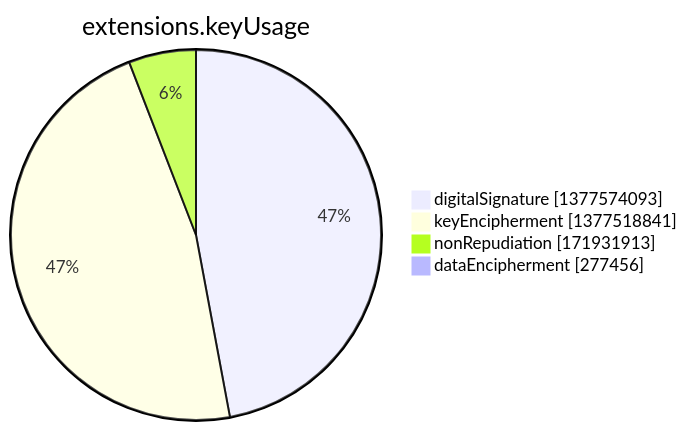
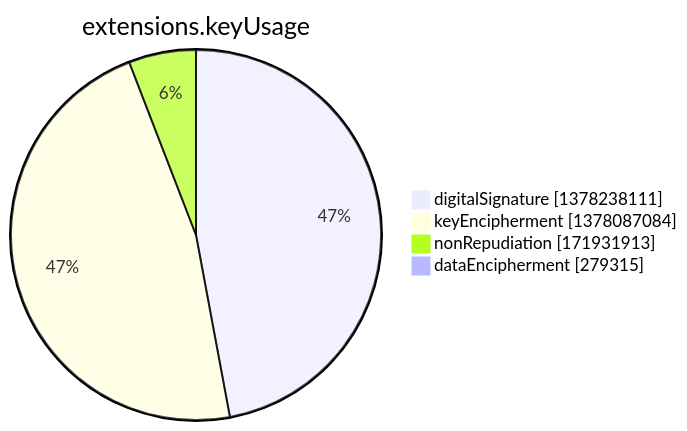
One commit to christiankrug/ctmonitor_visualization changed the seventh of 15 diagrams in argon2022/README.md. Above: the diagram before and after it, drawn with Mermaid. The commit also changed other lines of this file, not shown here.

````diff
--- a/argon2022/README.md
+++ b/argon2022/README.md
@@ -2751,8 +2751,8 @@
 ```mermaid
 pie showData
 title extensions.keyUsage
-"digitalSignature" :1377574093
-"keyEncipherment" :1377518841
+"digitalSignature" :1378238111
+"keyEncipherment" :1378087084
 "nonRepudiation" :171931913
-"dataEncipherment" :277456
+"dataEncipherment" :279315
 ```
````
